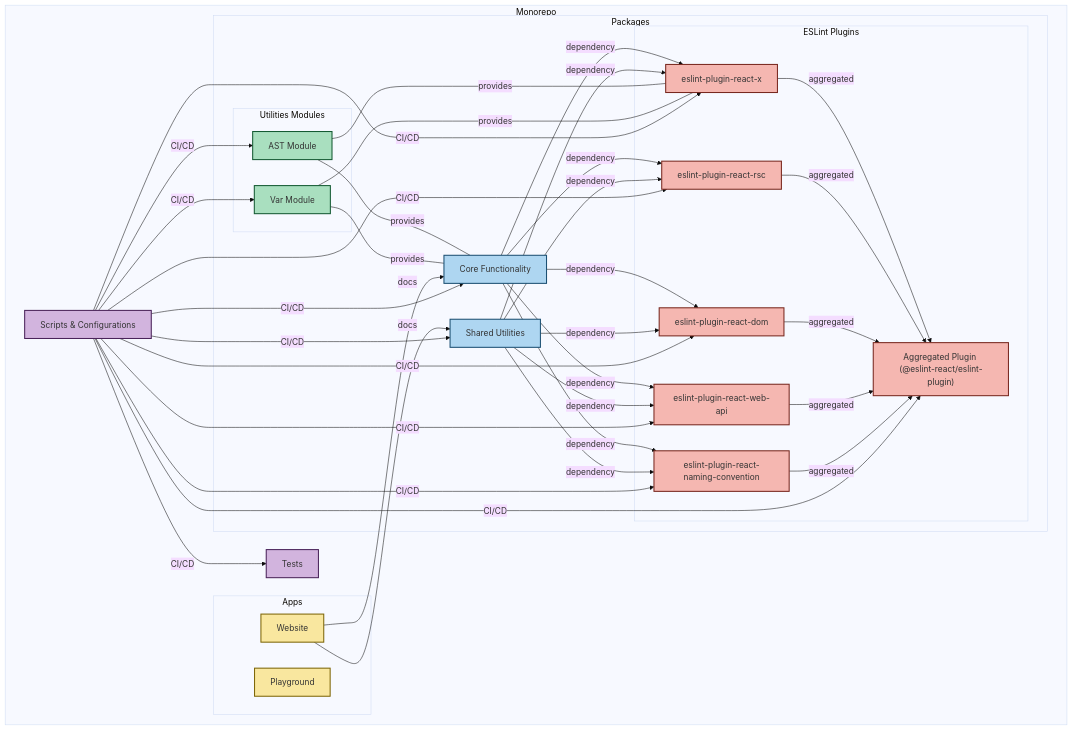
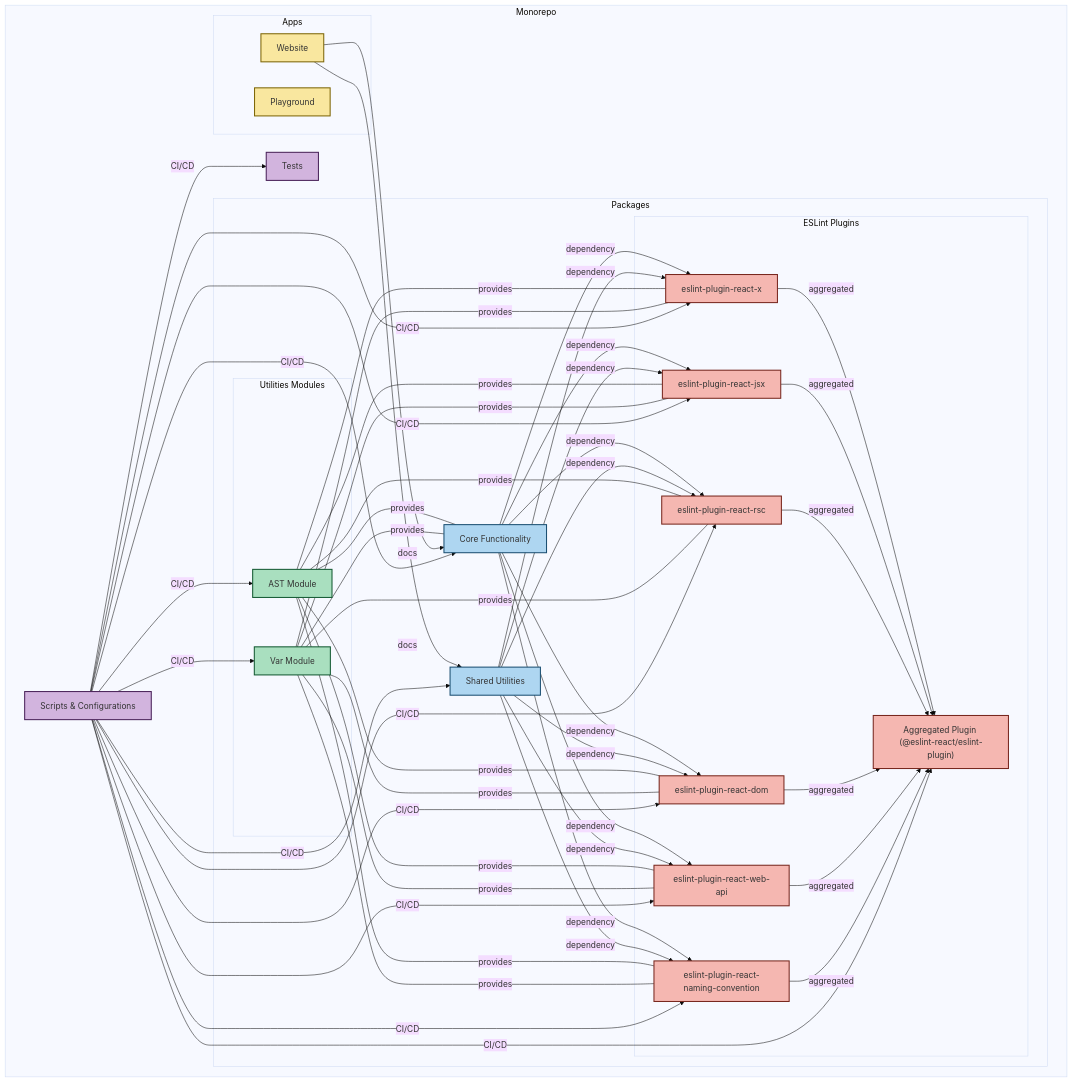
One commit to Rel1cx/eslint-react changed the diagram in apps/website/content/docs/contributing.mdx. Above: the diagram before and after it, drawn with Mermaid (base theme). The commit also changed other lines of this file and 143 other files, not shown here.

```diff
--- a/apps/website/content/docs/contributing.mdx
+++ b/apps/website/content/docs/contributing.mdx
@@ -34,6 +34,7 @@
             %% ESLint Plugins Subgraph
             subgraph "ESLint Plugins"
                 X["eslint-plugin-react-x"]:::plugins
+                JSX["eslint-plugin-react-jsx"]:::plugins
                 RSC["eslint-plugin-react-rsc"]:::plugins
                 DOM["eslint-plugin-react-dom"]:::plugins
                 WebAPI["eslint-plugin-react-web-api"]:::plugins
@@ -52,6 +53,7 @@
     %% Relationships
     %% Plugins depend on Core and Shared
     Core -->|"dependency"| X
+    Core -->|"dependency"| JSX
     Core -->|"dependency"| RSC
     Core -->|"dependency"| DOM
     Core -->|"dependency"| WebAPI
@@ -59,6 +61,7 @@
     Core -->|"dependency"| NamingConvention
 
     Shared -->|"dependency"| X
+    Shared -->|"dependency"| JSX
     Shared -->|"dependency"| RSC
     Shared -->|"dependency"| DOM
     Shared -->|"dependency"| WebAPI
@@ -70,10 +73,21 @@
     Var ---|"provides"| Core
 
     AST ---|"provides"| X
+    AST ---|"provides"| JSX
+    AST ---|"provides"| RSC
+    AST ---|"provides"| DOM
+    AST ---|"provides"| WebAPI
+    AST ---|"provides"| NamingConvention
     Var ---|"provides"| X
+    Var ---|"provides"| JSX
+    Var ---|"provides"| RSC
+    Var ---|"provides"| DOM
+    Var ---|"provides"| WebAPI
+    Var ---|"provides"| NamingConvention
 
     %% Aggregation of Plugins
     X -->|"aggregated"| Aggregated
+    JSX -->|"aggregated"| Aggregated
     RSC -->|"aggregated"| Aggregated
     DOM -->|"aggregated"| Aggregated
     WebAPI -->|"aggregated"| Aggregated
@@ -90,6 +104,7 @@
     Scripts -->|"CI/CD"| AST
     Scripts -->|"CI/CD"| Var
     Scripts -->|"CI/CD"| X
+    Scripts -->|"CI/CD"| JSX
     Scripts -->|"CI/CD"| RSC
     Scripts -->|"CI/CD"| DOM
     Scripts -->|"CI/CD"| WebAPI
@@ -97,6 +112,22 @@
     Scripts -->|"CI/CD"| NamingConvention
     Scripts -->|"CI/CD"| Aggregated
     Scripts -->|"CI/CD"| Tests
+
+    %% Click Events
+    click Website "https://github.com/rel1cx/eslint-react/tree/main/apps/website"
+    click Playground "https://github.com/rel1cx/eslint-react/tree/main/apps/playground"
+    click Core "https://github.com/rel1cx/eslint-react/tree/main/packages/core"
+    click Shared "https://github.com/rel1cx/eslint-react/tree/main/packages/shared"
+    click AST "https://github.com/rel1cx/eslint-react/tree/main/packages/utilities/ast"
+    click Var "https://github.com/rel1cx/eslint-react/tree/main/packages/utilities/var"
+    click X "https://github.com/rel1cx/eslint-react/tree/main/packages/plugins/eslint-plugin-react-x"
+    click JSX "https://github.com/rel1cx/eslint-react/tree/main/packages/plugins/eslint-plugin-react-jsx"
+    click DOM "https://github.com/rel1cx/eslint-react/tree/main/packages/plugins/eslint-plugin-react-dom"
+    click WebAPI "https://github.com/rel1cx/eslint-react/tree/main/packages/plugins/eslint-plugin-react-web-api"
+    click NamingConvention "https://github.com/rel1cx/eslint-react/tree/main/packages/plugins/eslint-plugin-react-naming-convention"
+    click Aggregated "https://github.com/rel1cx/eslint-react/tree/main/packages/plugins/eslint-plugin"
+    click Scripts "https://github.com/rel1cx/eslint-react/tree/main/scripts"
+    click Tests "https://github.com/rel1cx/eslint-react/tree/main/test"
 
     %% Click Events
     click Website "https://github.com/rel1cx/eslint-react/tree/main/apps/website"
```
